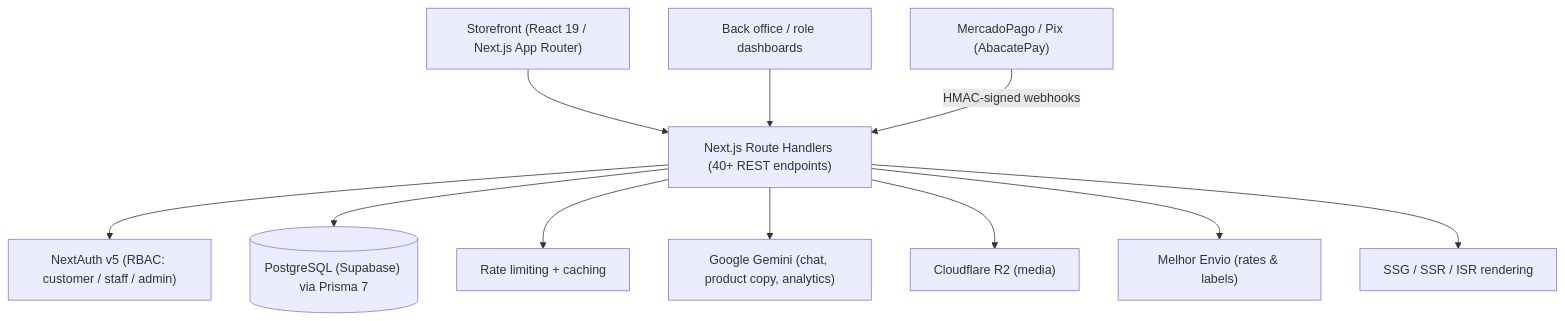
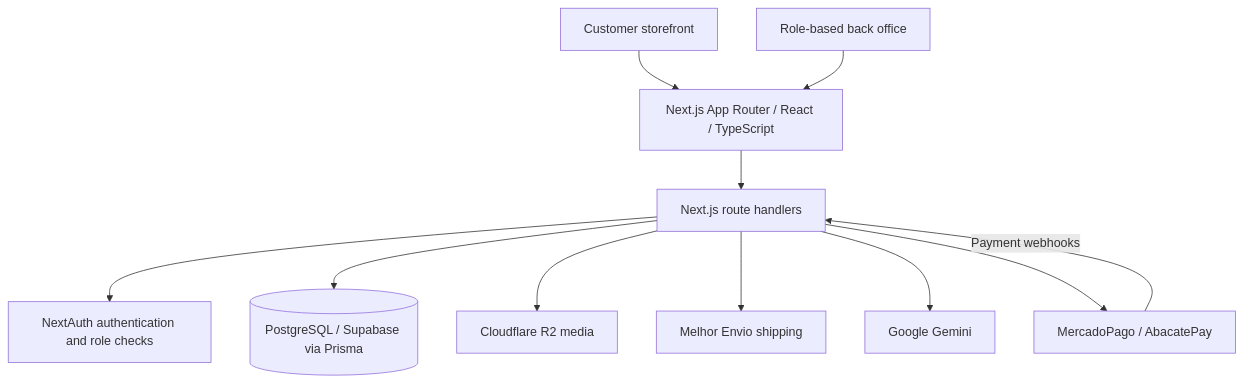
Before and after one commit to helberjf/ecommerce-platform-casestudy: the diagram in README.md, drawn with Mermaid. The commit also changed other lines of this file, not shown here.

First line of the commit message:
docs: explain product flows, architecture and tradeoffs

````diff
--- a/README.md
+++ b/README.md
@@ -17,13 +23,13 @@
 ```mermaid
 flowchart TD
-    User["Storefront (React 19 / Next.js App Router)"] --> API["Next.js Route Handlers (40+ REST endpoints)"]
-    Admin["Back office / role dashboards"] --> API
-    API --> Auth["NextAuth v5 (RBAC: customer / staff / admin)"]
-    API --> DB[("PostgreSQL (Supabase) via Prisma 7")]
-    API --> Cache["Rate limiting + caching"]
-    API --> AI["Google Gemini (chat, product copy, analytics)"]
-    API --> Storage["Cloudflare R2 (media)"]
-    PaymentGW["MercadoPago / Pix (AbacatePay)"] -->|HMAC-signed webhooks| API
-    API --> Shipping["Melhor Envio (rates & labels)"]
-    API --> SEO["SSG / SSR / ISR rendering"]
+    Customer[Customer storefront] --> App[Next.js App Router / React / TypeScript]
+    Team[Role-based back office] --> App
+    App --> API[Next.js route handlers]
+    API --> Auth[NextAuth authentication and role checks]
+    API --> DB[(PostgreSQL / Supabase via Prisma)]
+    API --> Storage[Cloudflare R2 media]
+    API --> Shipping[Melhor Envio shipping]
+    API --> AI[Google Gemini]
+    API --> Payment[MercadoPago / AbacatePay]
+    Payment -->|Payment webhooks| API
 ```
````
